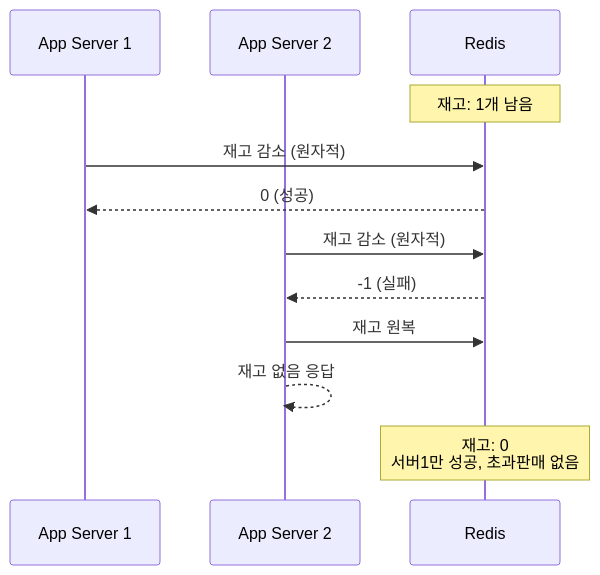
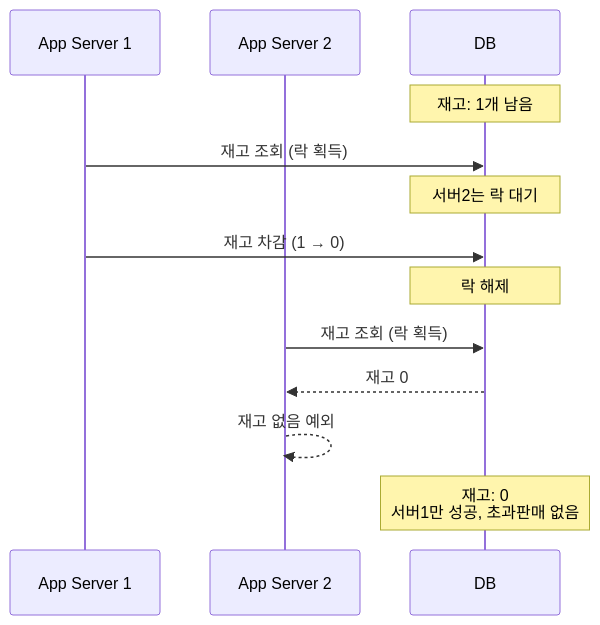
One commit to Jin409/hotdeal-reservation changed the fourth of 9 diagrams in README.md. Above: the diagram before and after it, drawn with Mermaid. The commit also changed other lines of this file, not shown here.

Commit message:
docs: Redis 재고 관리 제거로 인한 README 수정

````diff
--- a/README.md
+++ b/README.md
@@ -177,18 +176,19 @@
 ```mermaid
 sequenceDiagram
     participant 서버1 as App Server 1
     participant 서버2 as App Server 2
-    participant Redis
+    participant DB
 
-    Note over Redis: 재고: 1개 남음
+    Note over DB: 재고: 1개 남음
 
-    서버1->>Redis: 재고 감소 (원자적)
-    Redis-->>서버1: 0 (성공)
+    서버1->>DB: 재고 조회 (락 획득)
+    Note over DB: 서버2는 락 대기
+    서버1->>DB: 재고 차감 (1 → 0)
+    Note over DB: 락 해제
 
-    서버2->>Redis: 재고 감소 (원자적)
-    Redis-->>서버2: -1 (실패)
-    서버2->>Redis: 재고 원복
-    서버2-->>서버2: 재고 없음 응답
+    서버2->>DB: 재고 조회 (락 획득)
+    DB-->>서버2: 재고 0
+    서버2-->>서버2: 재고 없음 예외
 
-    Note over Redis: 재고: 0<br/>서버1만 성공, 초과판매 없음
+    Note over DB: 재고: 0<br/>서버1만 성공, 초과판매 없음
 ```
````
